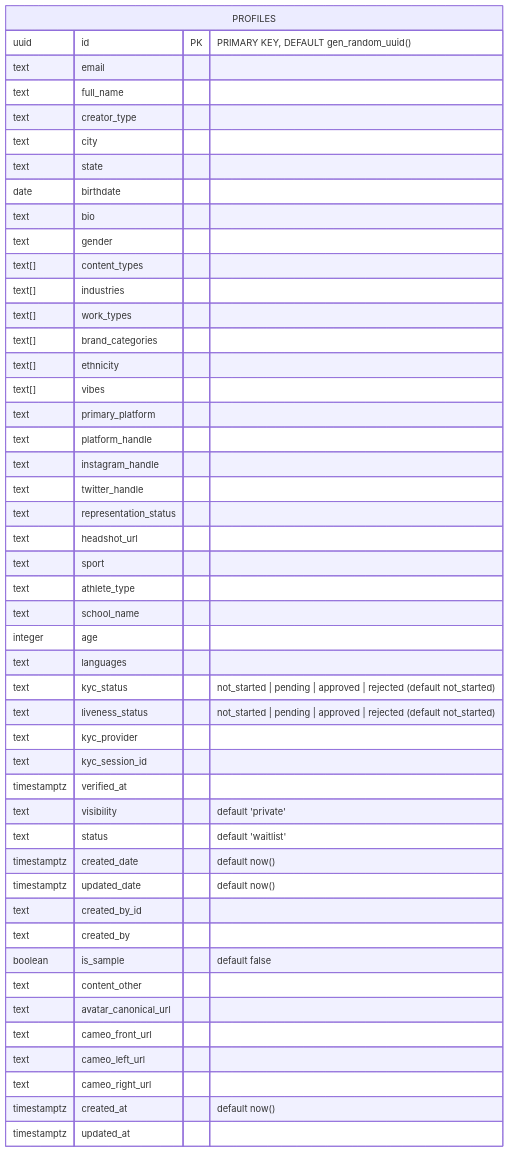
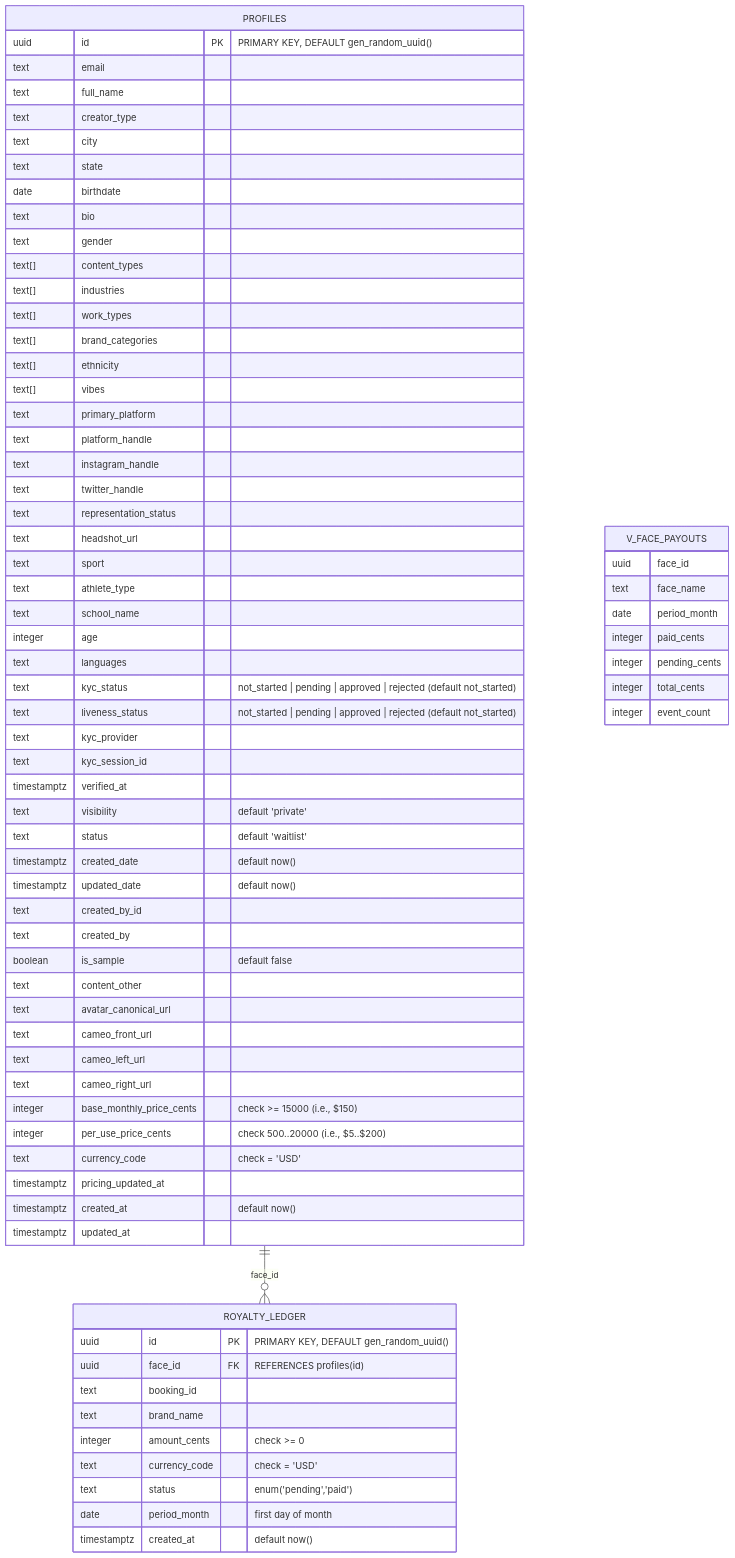
The diagram in docs/er-diagram.md (ADORSYS-GIS/likelee-ai), drawn with Mermaid before and after one commit. The commit also changed other lines of this file and 10 other files, not shown here.

Commit message:
feat(creator flow): CreateD the " Royalty Wallet " dashboard in read-only mode for the MVP.

````diff
--- a/docs/er-diagram.md
+++ b/docs/er-diagram.md
@@ -80,8 +82,38 @@
     text cameo_left_url
     text cameo_right_url
 
+    %% pricing (USD-only)
+    integer base_monthly_price_cents "check >= 15000 (i.e., $150)"
+    integer per_use_price_cents "check 500..20000 (i.e., $5..$200)"
+    text currency_code "check = 'USD'"
+    timestamptz pricing_updated_at
+
     %% legacy timestamps (from initial table)
     timestamptz created_at "default now()"
     timestamptz updated_at
   }
+
+  ROYALTY_LEDGER {
+    uuid id PK "PRIMARY KEY, DEFAULT gen_random_uuid()"
+    uuid face_id FK "REFERENCES profiles(id)"
+    text booking_id
+    text brand_name
+    integer amount_cents "check >= 0"
+    text currency_code "check = 'USD'"
+    text status "enum('pending','paid')"
+    date period_month "first day of month"
+    timestamptz created_at "default now()"
+  }
+
+  V_FACE_PAYOUTS {
+    uuid face_id
+    text face_name
+    date period_month
+    integer paid_cents
+    integer pending_cents
+    integer total_cents
+    integer event_count
+  }
+
+  PROFILES ||--o{ ROYALTY_LEDGER : face_id
 ```
````
